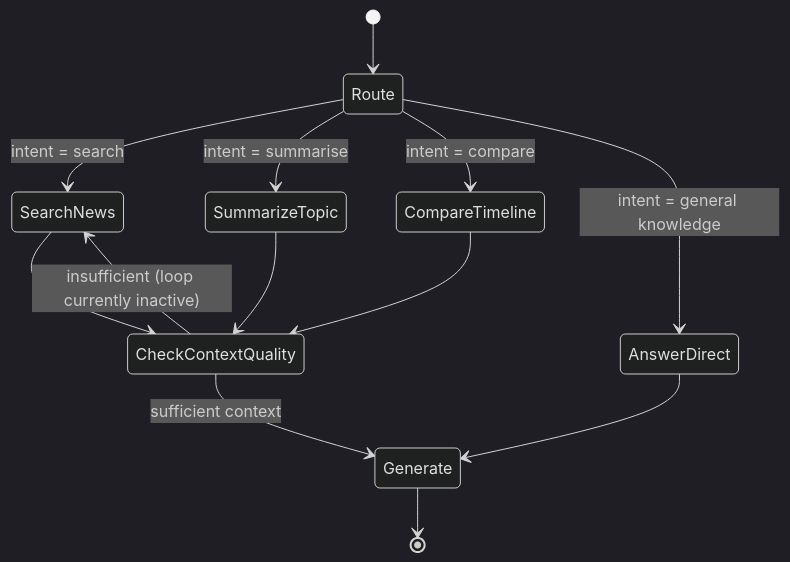
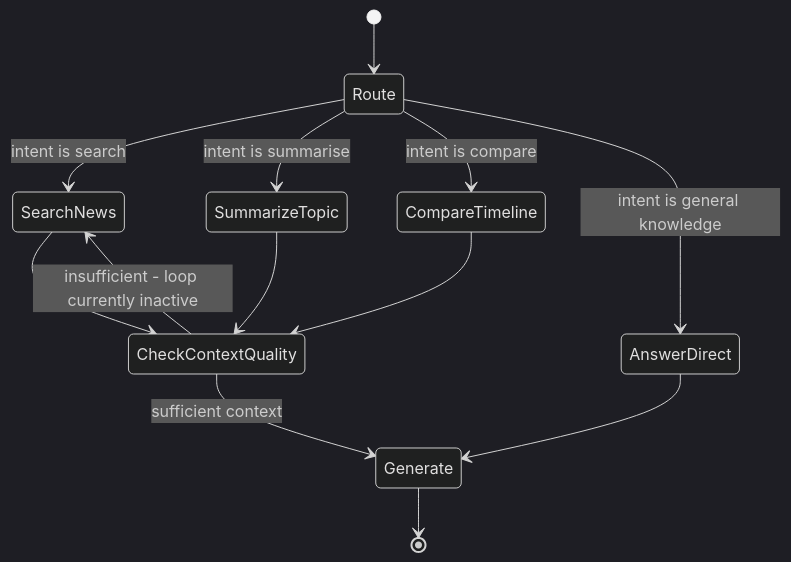
One commit to saleh-yasseen/Arabic_News_Agentic_RAG changed the second of 2 diagrams in README.md. Above: the diagram before and after it, drawn with Mermaid (dark theme). The commit also changed other lines of this file, not shown here.

Commit message:
"improve mermaid diagram syntax and clarity in README.md"

````diff
--- a/README.md
+++ b/README.md
@@ -63,15 +64,15 @@
 ```mermaid
 stateDiagram-v2
     [*] --> Route
-    Route --> SearchNews: intent = search
-    Route --> SummarizeTopic: intent = summarise
-    Route --> CompareTimeline: intent = compare
-    Route --> AnswerDirect: intent = general knowledge
+    Route --> SearchNews: intent is search
+    Route --> SummarizeTopic: intent is summarise
+    Route --> CompareTimeline: intent is compare
+    Route --> AnswerDirect: intent is general knowledge
     SearchNews --> CheckContextQuality
     SummarizeTopic --> CheckContextQuality
     CompareTimeline --> CheckContextQuality
     CheckContextQuality --> Generate: sufficient context
-    CheckContextQuality --> SearchNews: insufficient (loop currently inactive)
+    CheckContextQuality --> SearchNews: insufficient - loop currently inactive
     AnswerDirect --> Generate
     Generate --> [*]
 ```
````
